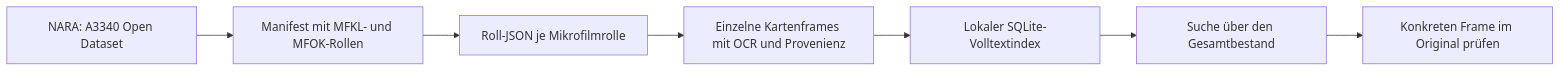
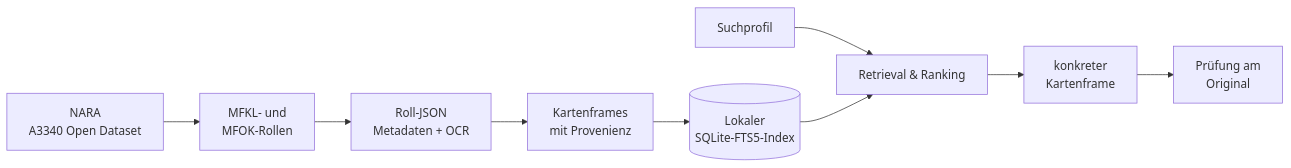
The second of 2 diagrams in README.md (Datenflix007/NARA-Trace), drawn with Mermaid before and after one commit. The commit also changed other lines of this file and 7 other files, not shown here.

````diff
--- a/README.md
+++ b/README.md
@@ -214,9 +161,22 @@
 ```mermaid
 flowchart LR
-    A[NARA: A3340 Open Dataset] --> B[Manifest mit MFKL- und MFOK-Rollen]
-    B --> C[Roll-JSON je Mikrofilmrolle]
-    C --> D[Einzelne Kartenframes mit OCR und Provenienz]
-    D --> E[Lokaler SQLite-Volltextindex]
-    E --> F[Suche über den Gesamtbestand]
-    F --> G[Konkreten Frame im Original prüfen]
+    A["NARA<br/>A3340 Open Dataset"]
+    B["MFKL- und<br/>MFOK-Rollen"]
+    C["Roll-JSON<br/>Metadaten + OCR"]
+    D["Kartenframes<br/>mit Provenienz"]
+    E[("Lokaler<br/>SQLite-FTS5-Index")]
+    F["Suchprofil"]
+    G["Retrieval & Ranking"]
+    H["konkreter<br/>Kartenframe"]
+    I["Prüfung am<br/>Original"]
+
+    A --> B
+    B --> C
+    C --> D
+    D --> E
+
+    F --> G
+    E --> G
+    G --> H
+    H --> I
 ```
````
